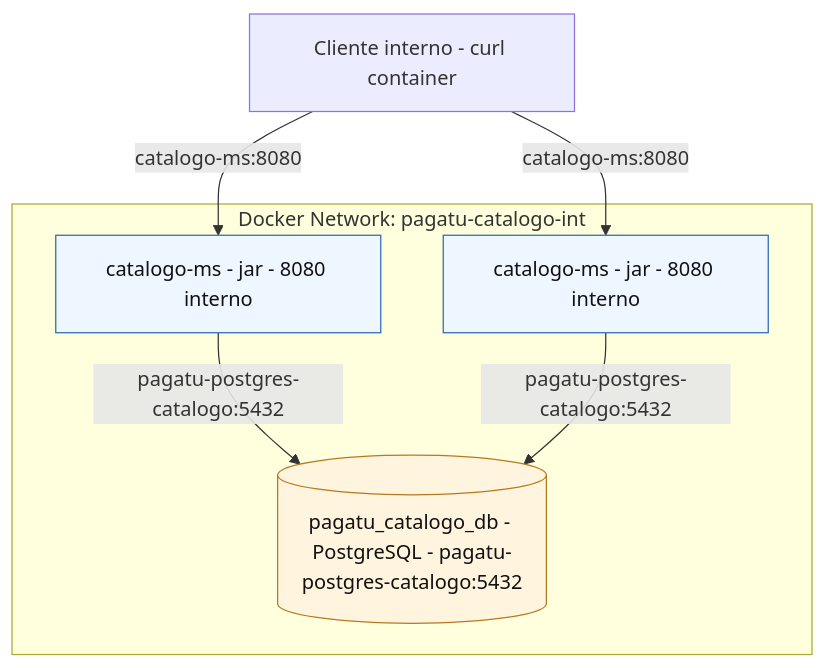
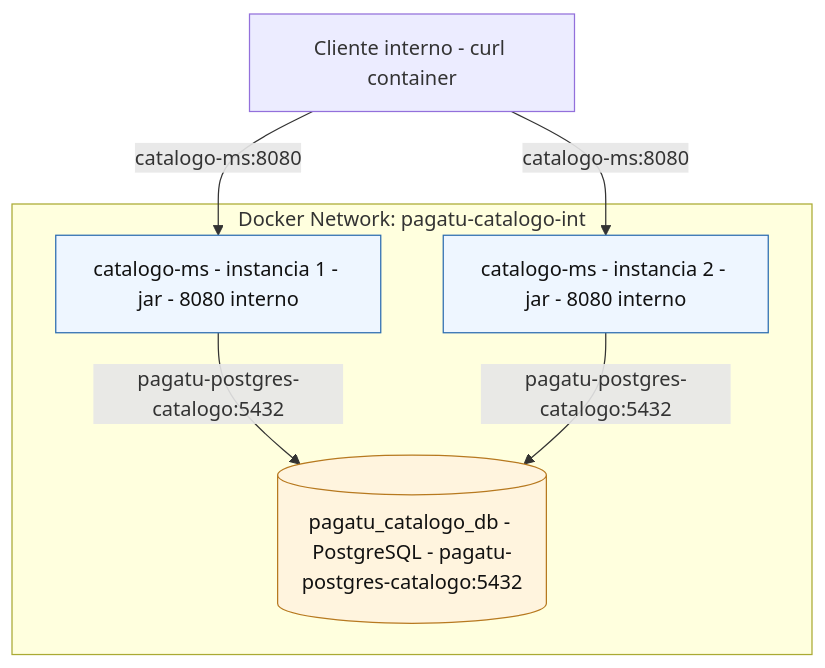
Before and after one commit to 262dist/pagatu: the fifth of 6 diagrams in docs/sesiones/S01_Construccion_Servicio_Base.md, drawn with Mermaid. The commit also changed other lines of this file and 1 other file, not shown here.

````diff
--- a/docs/sesiones/S01_Construccion_Servicio_Base.md
+++ b/docs/sesiones/S01_Construccion_Servicio_Base.md
@@ -189,19 +189,19 @@
 ```mermaid
 flowchart TB
     ProdClient["Cliente interno - curl container"]
     subgraph ProdDocker["Docker Network: pagatu-catalogo-int"]
-        ProdApp1["catalogo-ms - jar - 8080 interno"]
-        ProdApp2["catalogo-ms - jar - 8080 interno"]
+        ProdApp1["catalogo-ms - instancia 1 - jar - 8080 interno"]
+        ProdApp2["catalogo-ms - instancia 2 - jar - 8080 interno"]
         ProdDb[("pagatu_catalogo_db - PostgreSQL - pagatu-postgres-catalogo:5432")]
     end
 
     ProdClient -->|"catalogo-ms:8080"| ProdApp1
     ProdClient -->|"catalogo-ms:8080"| ProdApp2
     ProdApp1 -->|"pagatu-postgres-catalogo:5432"| ProdDb
     ProdApp2 -->|"pagatu-postgres-catalogo:5432"| ProdDb
 
     classDef app fill:#eef6ff,stroke:#2b6cb0,color:#111;
     classDef db fill:#fff4de,stroke:#b7791f,color:#111;
     class ProdApp1,ProdApp2 app;
     class ProdDb db;
 ```
````
